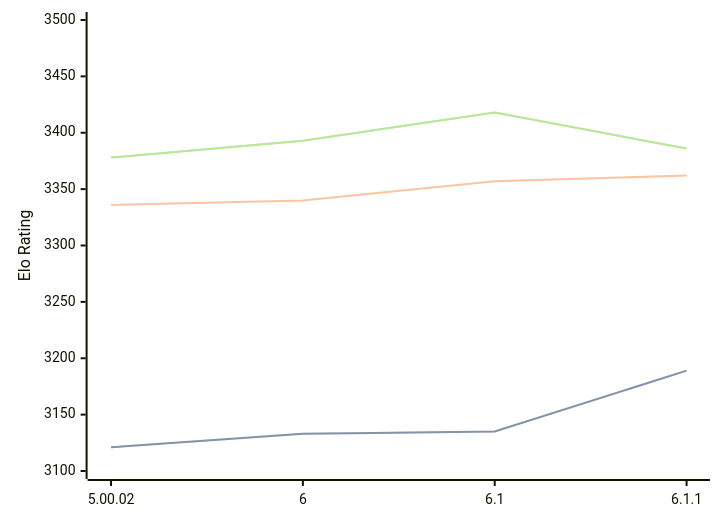
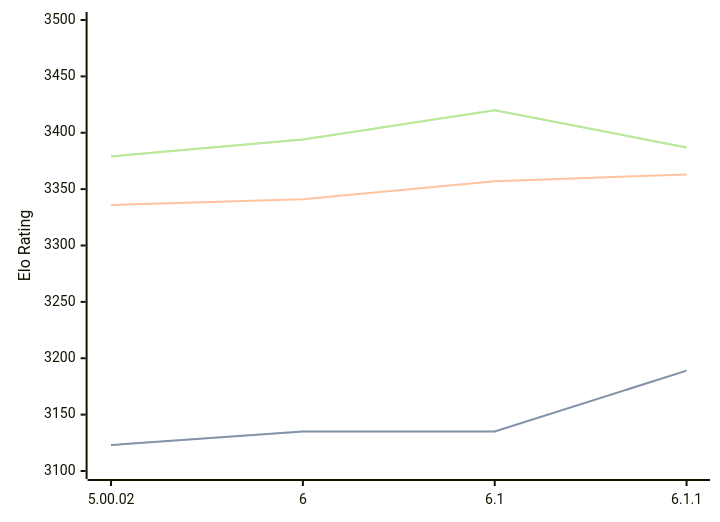
The diagram in engines/Zangdar.md (computer-chess-index/cci), drawn with Mermaid before and after one commit. The commit also changed other lines of this file, not shown here.

Commit message:
Update CCI Ratings (ELO VLTC) - 2026-05-22

````diff
--- a/engines/Zangdar.md
+++ b/engines/Zangdar.md
@@ -46,11 +46,11 @@
 ```mermaid
 %%{init: {"theme":"base","themeVariables":{"seriesColors:['#a3a3a3','#222221','#faa371']}}}%%
 xychart-beta
   x-axis ["5.00.02", "6", "6.1", "6.1.1"]
   y-axis "Elo Rating" 3100 --> 3500
-  line "STC (8.0+0.08s)" [3121, 3133, 3135, 3189]
-  line "STC (8.0+0.08s)" [3121, 3133, 3135, 3189]
-  line "LTC (60.0+0.60s)" [3336, 3340, 3357, 3362]
-  line "VLTC (2m24s+1.12s)" [3378, 3393, 3418, 3386]
-  line "VLTC (2m24s+1.12s)" [3378, 3393, 3418, 3386]
+  line "STC (8.0+0.08s)" [3123, 3135, 3135, 3189]
+  line "STC (8.0+0.08s)" [3123, 3135, 3135, 3189]
+  line "LTC (60.0+0.60s)" [3336, 3341, 3357, 3363]
+  line "VLTC (2m24s+1.12s)" [3379, 3394, 3420, 3387]
+  line "VLTC (2m24s+1.12s)" [3379, 3394, 3420, 3387]
 ```
````
